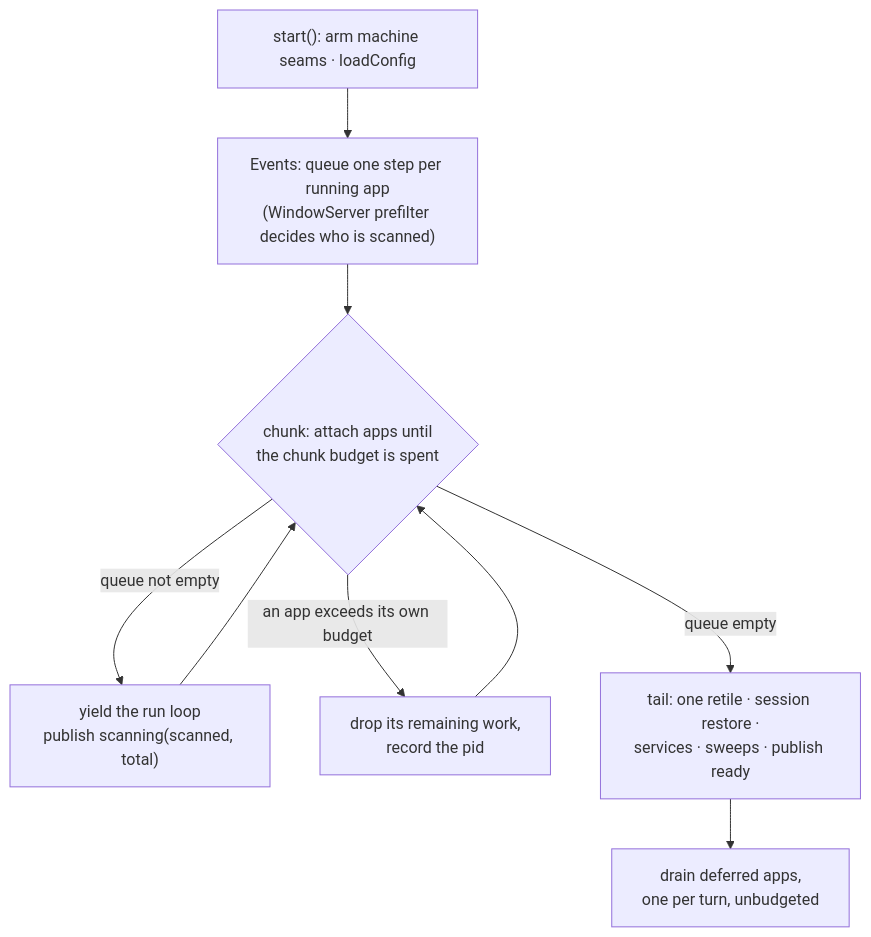
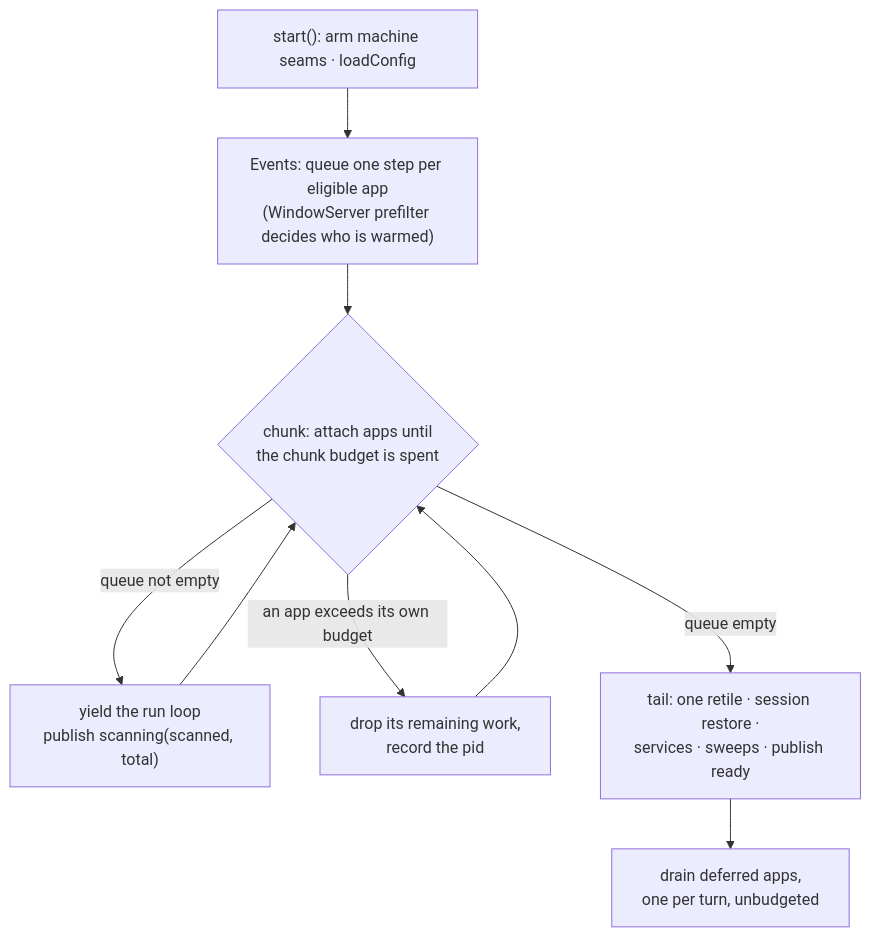
One commit to KiwiCanopy/KiwiDesk changed the seventh of 7 diagrams in docs/architecture.md. Above: the diagram before and after it, drawn with Mermaid. The commit also changed other lines of this file and 9 other files, not shown here.

First line of the commit message:
perf(events): boot passes queue only apps they can act on (#1053)

````diff
--- a/docs/architecture.md
+++ b/docs/architecture.md
@@ -211,11 +211,11 @@
 ```mermaid
 flowchart TD
-    S["start(): arm machine seams · loadConfig"] --> Q["Events: queue one step per running app<br/>(WindowServer prefilter decides who is scanned)"]
+    S["start(): arm machine seams · loadConfig"] --> Q["Events: queue one step per eligible app<br/>(WindowServer prefilter decides who is warmed)"]
     Q --> C{"chunk: attach apps until<br/>the chunk budget is spent"}
     C -->|"queue not empty"| Y["yield the run loop<br/>publish scanning(scanned, total)"]
     Y --> C
     C -->|"an app exceeds its own budget"| D["drop its remaining work,<br/>record the pid"]
     D --> C
     C -->|"queue empty"| T["tail: one retile · session restore ·<br/>services · sweeps · publish ready"]
     T --> DR["drain deferred apps,<br/>one per turn, unbudgeted"]
 ```
````
